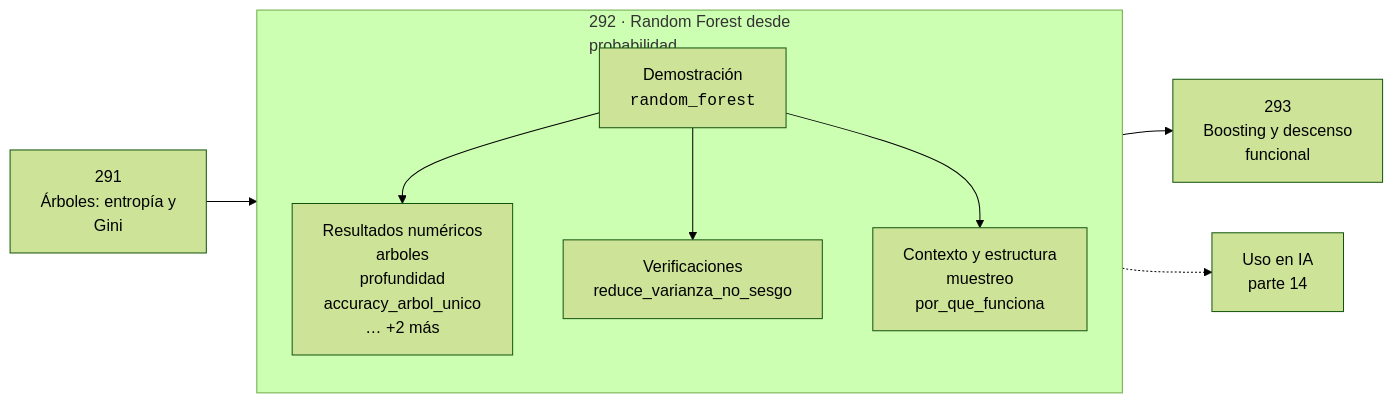
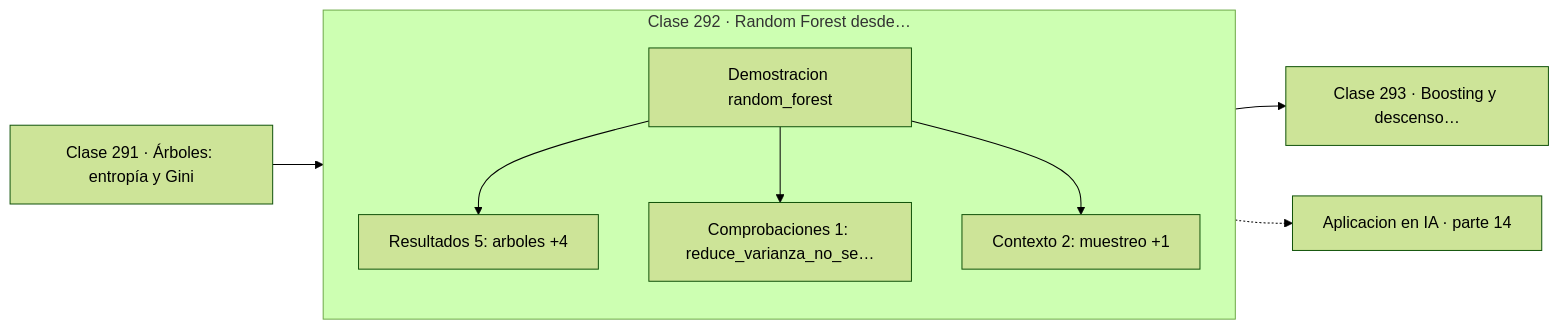
The diagram in classes/part-14-matematica-de-machine-learning/292-random-forest-desde-probabilidad/README.md (vladimiracunadev-create/computational-mathematics-program), drawn with Mermaid (forest theme) before and after one commit. The commit also changed 389 other files, not shown here.

First line of the commit message:
fix(diagramas): elimina el HTML de las etiquetas Mermaid

````diff
--- a/classes/part-14-matematica-de-machine-learning/292-random-forest-desde-probabilidad/README.md
+++ b/classes/part-14-matematica-de-machine-learning/292-random-forest-desde-probabilidad/README.md
@@ -30,12 +30,13 @@
 ```mermaid
 flowchart LR
-    P["291<br/>Árboles: entropía y<br/>Gini"] --> C
-    subgraph C["292 · Random Forest desde<br/>probabilidad"]
+    P["Clase 291 · Árboles: entropía y Gini"] --> D
+    subgraph CLASE["Clase 292 · Random Forest desde…"]
         direction TB
-        D["Demostración<br/><code>random_forest</code>"] --> R["Resultados numéricos<br/>arboles<br/>profundidad<br/>accuracy_arbol_unico<br/>… +2 más"]
-        D --> V["Verificaciones<br/>reduce_varianza_no_sesgo"]
-        D --> O["Contexto y estructura<br/>muestreo<br/>por_que_funciona"]
+        D["Demostracion random_forest"]
+        D --> R["Resultados 5: arboles +4"]
+        D --> V["Comprobaciones 1: reduce_varianza_no_se…"]
+        D --> O["Contexto 2: muestreo +1"]
     end
-    C --> N["293<br/>Boosting y descenso<br/>funcional"]
-    C -.-> IA["Uso en IA<br/>parte 14"]
+    R --> N["Clase 293 · Boosting y descenso…"]
+    V -.-> IA["Aplicacion en IA · parte 14"]
 ```
````
